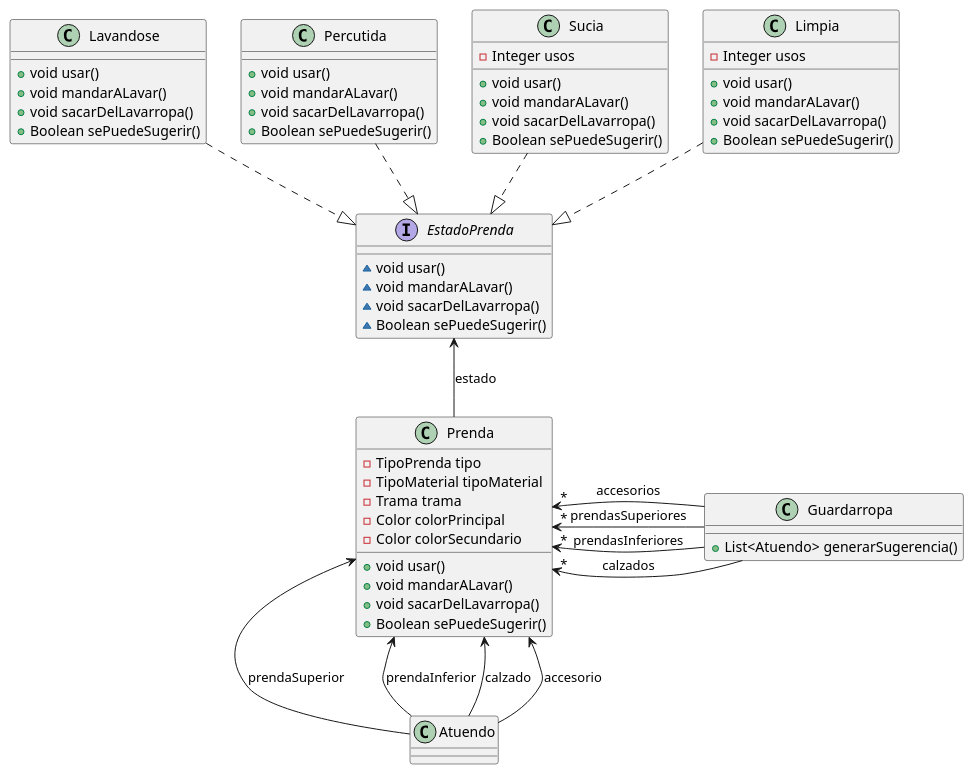
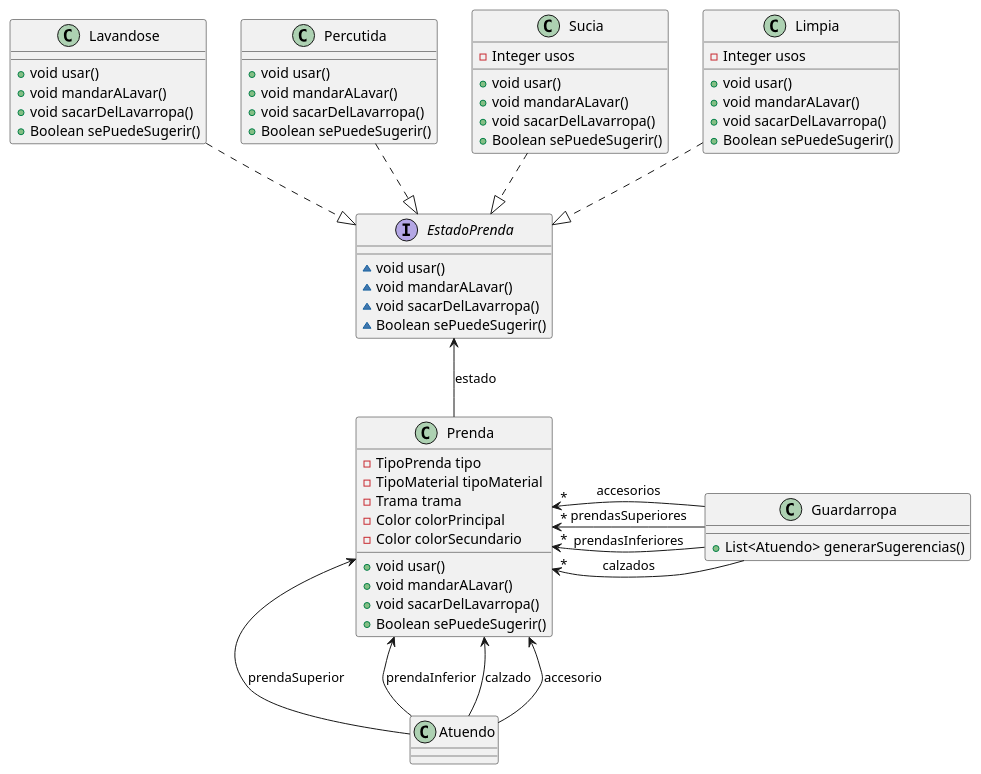
Before and after one commit to AlejandroDeheza/QMP: the diagram in diagramas/qmp3.puml, drawn with PlantUML. The commit also changed 3 other files, not shown here.

```diff
--- a/diagramas/qmp3.puml
+++ b/diagramas/qmp3.puml
@@ -1,74 +1,74 @@
 @startuml
 class Atuendo {
 }
 
 class Guardarropa {
-+ List<Atuendo> generarSugerencia()
++ List<Atuendo> generarSugerencias()
 }
 
 interface EstadoPrenda {
 ~ void usar()
 ~ void mandarALavar()
 ~ void sacarDelLavarropa()
 ~ Boolean sePuedeSugerir()
 }
 
 class Limpia{
 - Integer usos
 + void usar()
 + void mandarALavar()
 + void sacarDelLavarropa()
 + Boolean sePuedeSugerir()
 }
 
 class Sucia{
 - Integer usos
 + void usar()
 + void mandarALavar()
 + void sacarDelLavarropa()
 + Boolean sePuedeSugerir()
 }
 
 class Percutida{
 + void usar()
 + void mandarALavar()
 + void sacarDelLavarropa()
 + Boolean sePuedeSugerir()
 }
 
 class Lavandose{
 + void usar()
 + void mandarALavar()
 + void sacarDelLavarropa()
 + Boolean sePuedeSugerir()
 }
 
 class Prenda {
 - TipoPrenda tipo
 - TipoMaterial tipoMaterial
 - Trama trama
 - Color colorPrincipal
 - Color colorSecundario
 + void usar()
 + void mandarALavar()
 + void sacarDelLavarropa()
 + Boolean sePuedeSugerir()
 }
 
 Prenda <-down- Atuendo : prendaSuperior
 Prenda <-- Atuendo : prendaInferior
 Prenda <-- Atuendo : calzado
 Prenda <-- Atuendo : accesorio
 
 Prenda "*" <-right- Guardarropa : prendasSuperiores
 Prenda "*" <-- Guardarropa : prendasInferiores
 Prenda "*" <-- Guardarropa : calzados
 Prenda "*" <-- Guardarropa : accesorios
 
 EstadoPrenda <-down- Prenda : estado
 
 EstadoPrenda <|.up. Limpia
 EstadoPrenda <|.up. Sucia
 EstadoPrenda <|.up. Percutida
 EstadoPrenda <|.up. Lavandose
 @enduml
```
